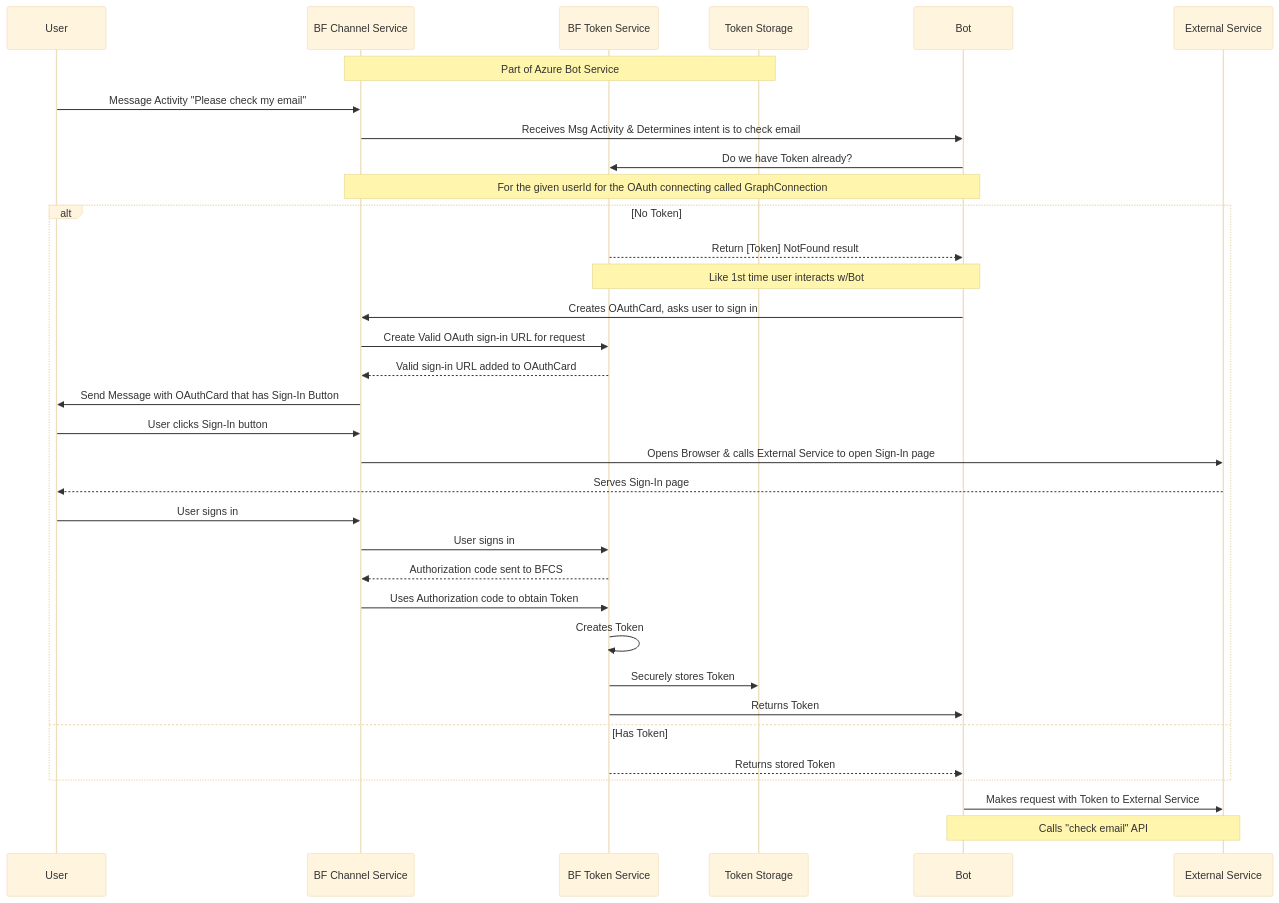
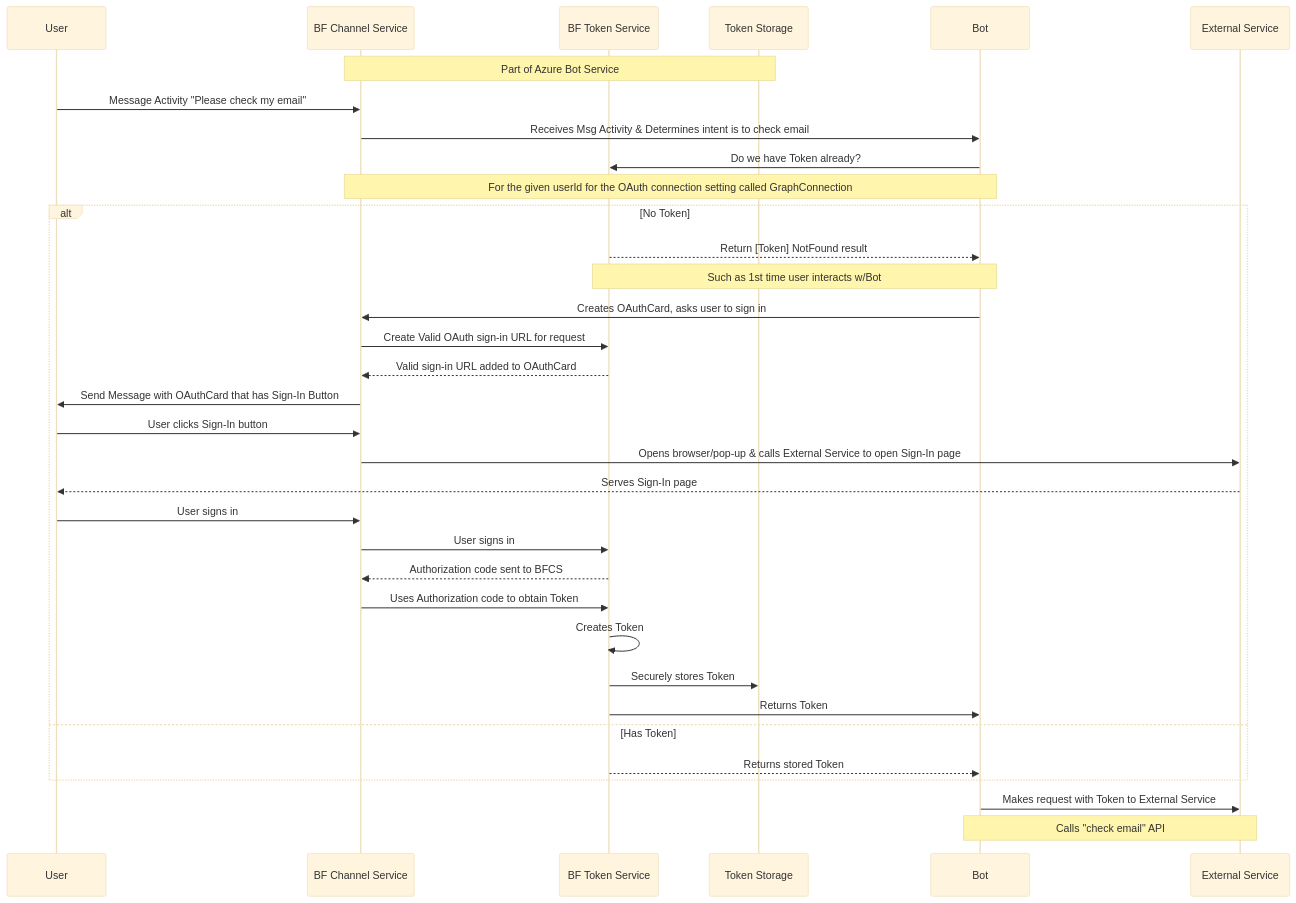
Before and after one commit to Zerryth/Mermaid: the second of 4 diagrams in MarkdownFiles/Authentication/AuthenticationDocExampleSeqDiagram.md, drawn with Mermaid (base theme). The commit also changed other lines of this file and 2 other files, not shown here.

Commit message:
Created what I actually think the OAuth flow looks like

````diff
--- a/MarkdownFiles/Authentication/AuthenticationDocExampleSeqDiagram.md
+++ b/MarkdownFiles/Authentication/AuthenticationDocExampleSeqDiagram.md
@@ -16,41 +16,41 @@
 ```mermaid
 sequenceDiagram
 
 participant User
 participant BFCS as BF Channel Service
 participant BFTS as BF Token Service
 participant TokenStorage as Token Storage
 Note over BFCS, TokenStorage: Part of Azure Bot Service
 participant Bot
 participant ExternalService as External Service
 
 
 User ->> BFCS: Message Activity "Please check my email"
 BFCS ->> Bot: Receives Msg Activity & Determines intent is to check email
 Bot ->> BFTS: Do we have Token already?
-Note over BFCS, Bot: For the given userId for the OAuth connecting called GraphConnection
+Note over BFCS, Bot: For the given userId for the OAuth connection setting called GraphConnection
 alt No Token
     BFTS -->> Bot: Return [Token] NotFound result
-    Note over BFTS, Bot: Like 1st time user interacts w/Bot
+    Note over BFTS, Bot: Such as 1st time user interacts w/Bot
     Bot ->> BFCS: Creates OAuthCard, asks user to sign in
     BFCS ->> BFTS: Create Valid OAuth sign-in URL for request
     BFTS -->> BFCS: Valid sign-in URL added to OAuthCard
     BFCS ->> User: Send Message with OAuthCard that has Sign-In Button
     User ->> BFCS: User clicks Sign-In button
-    BFCS ->> ExternalService: Opens Browser & calls External Service to open Sign-In page
+    BFCS ->> ExternalService: Opens browser/pop-up & calls External Service to open Sign-In page
     ExternalService -->> User: Serves Sign-In page
     User ->> BFCS: User signs in
     BFCS ->> BFTS: User signs in
     BFTS -->> BFCS: Authorization code sent to BFCS
     BFCS ->> BFTS: Uses Authorization code to obtain Token
     BFTS ->> BFTS: Creates Token
     BFTS ->> TokenStorage: Securely stores Token
     BFTS ->> Bot: Returns Token
 else Has Token
     BFTS -->> Bot: Returns stored Token
 end
 
 Bot ->> ExternalService: Makes request with Token to External Service
 Note over Bot, ExternalService: Calls "check email" API
 
 ```
````
